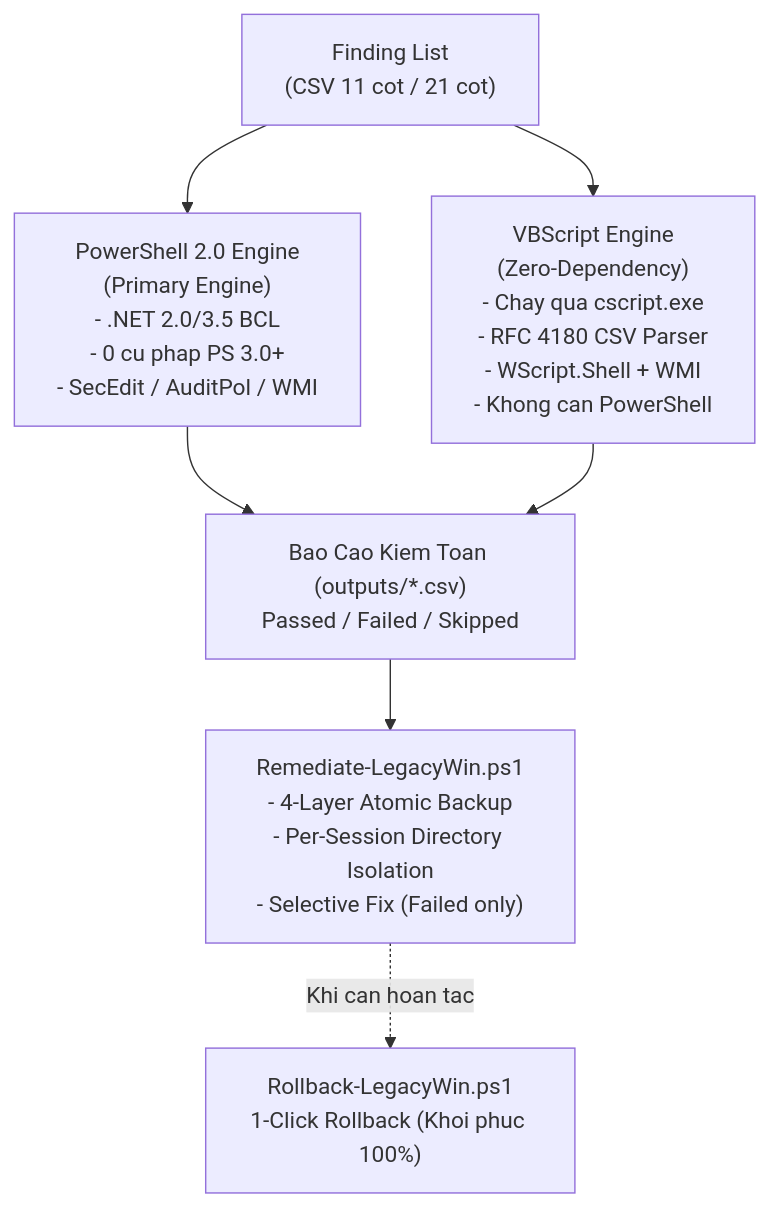
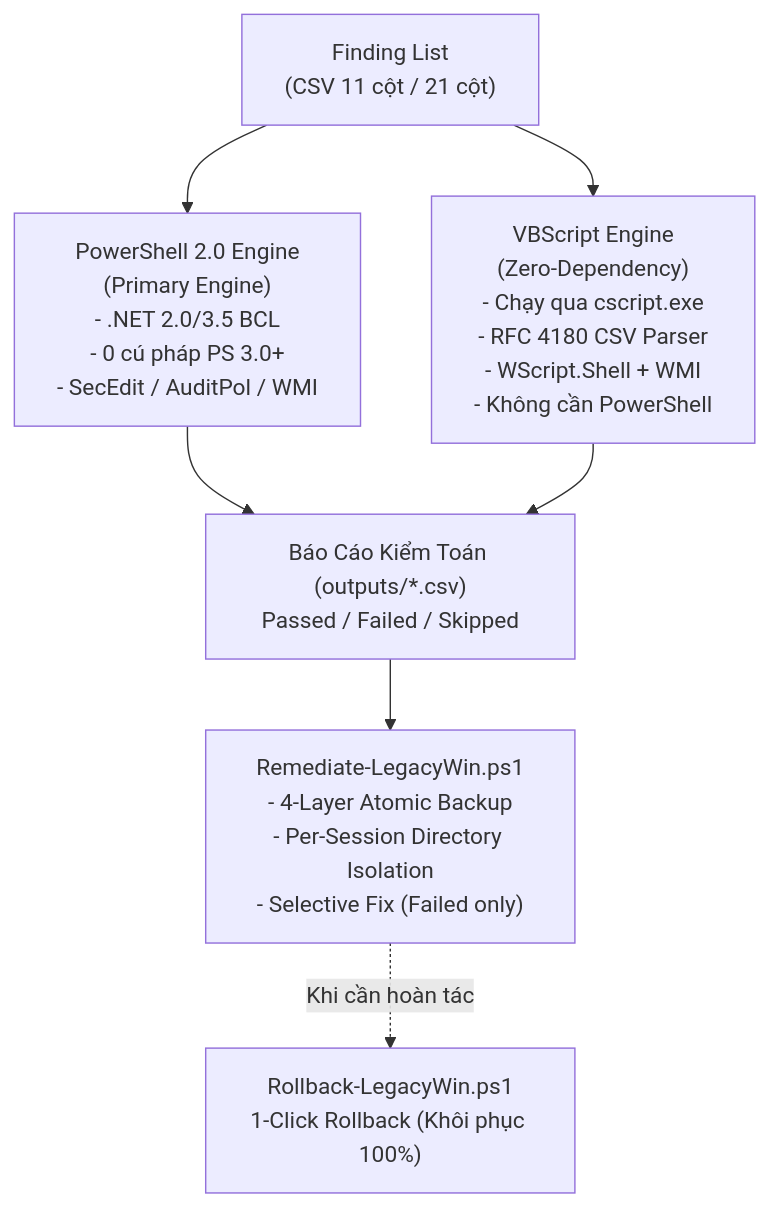
The diagram in README.md (Agents-Coding-Space/HardeningNCS), drawn with Mermaid before and after one commit. The commit also changed other lines of this file, not shown here.

````diff
--- a/README.md
+++ b/README.md
@@ -50,20 +50,20 @@
 ```mermaid
 flowchart TD
-    FindingList["Finding List<br/>(CSV 11 cot / 21 cot)"]
+    FindingList["Finding List<br/>(CSV 11 cột / 21 cột)"]
 
-    PS2["PowerShell 2.0 Engine<br/>(Primary Engine)<br/>- .NET 2.0/3.5 BCL<br/>- 0 cu phap PS 3.0+<br/>- SecEdit / AuditPol / WMI"]
-    VBS["VBScript Engine<br/>(Zero-Dependency)<br/>- Chay qua cscript.exe<br/>- RFC 4180 CSV Parser<br/>- WScript.Shell + WMI<br/>- Khong can PowerShell"]
+    PS2["PowerShell 2.0 Engine<br/>(Primary Engine)<br/>- .NET 2.0/3.5 BCL<br/>- 0 cú pháp PS 3.0+<br/>- SecEdit / AuditPol / WMI"]
+    VBS["VBScript Engine<br/>(Zero-Dependency)<br/>- Chạy qua cscript.exe<br/>- RFC 4180 CSV Parser<br/>- WScript.Shell + WMI<br/>- Không cần PowerShell"]
 
-    Report["Bao Cao Kiem Toan (outputs/*.csv)<br/>Passed / Failed / Skipped"]
+    Report["Báo Cáo Kiểm Toán (outputs/*.csv)<br/>Passed / Failed / Skipped"]
 
     Remediate["Remediate-LegacyWin.ps1<br/>- 4-Layer Atomic Backup<br/>- Per-Session Directory Isolation<br/>- Selective Fix (Failed only)"]
 
-    Rollback["Rollback-LegacyWin.ps1<br/>1-Click Rollback (Khoi phuc 100%)"]
+    Rollback["Rollback-LegacyWin.ps1<br/>1-Click Rollback (Khôi phục 100%)"]
 
     FindingList --> PS2
     FindingList --> VBS
     PS2 --> Report
     VBS --> Report
     Report --> Remediate
-    Remediate -.->|Khi can hoan tac| Rollback
+    Remediate -.->|Khi cần hoàn tác| Rollback
 ```
````
